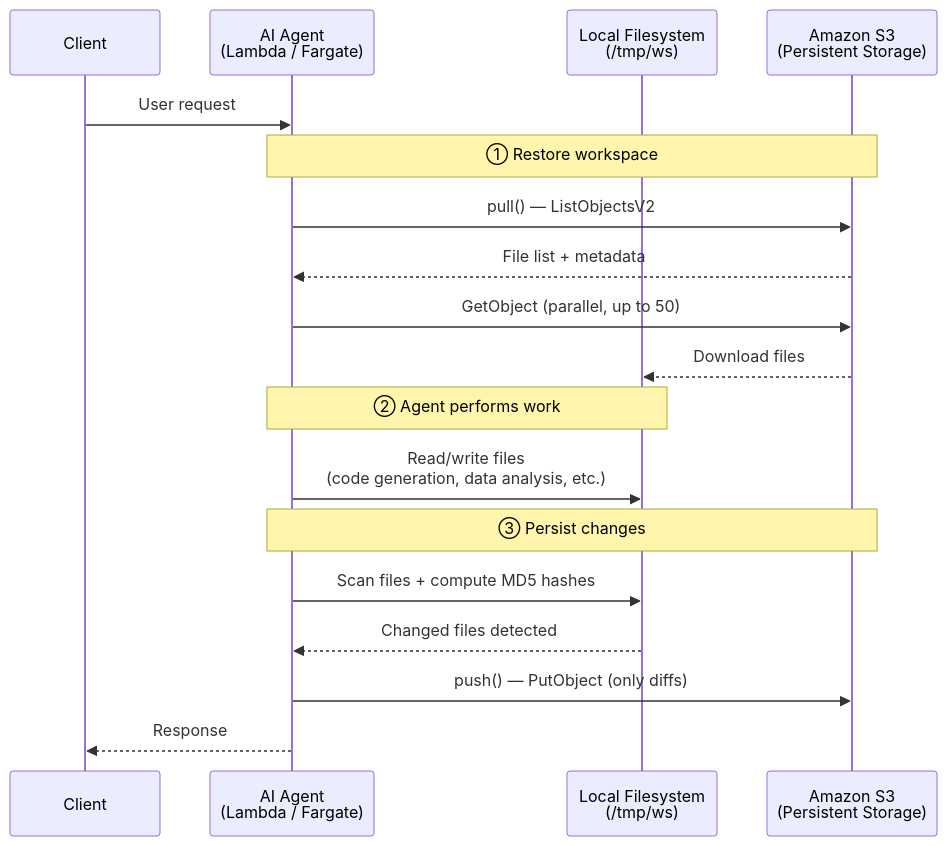
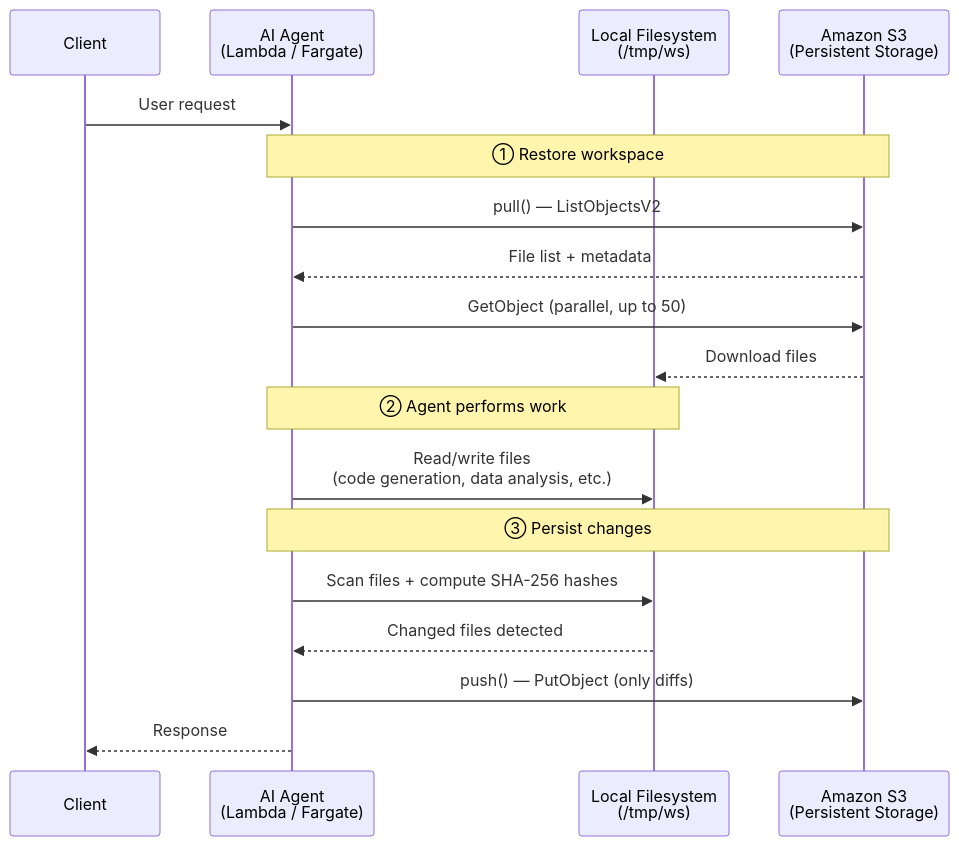
Before and after one commit to aws-samples/sample-multi-agent-orchestration-chat-on-agentcore: the first of 2 diagrams in packages/libs/s3-workspace-sync/README.md, drawn with Mermaid. The commit also changed other lines of this file and 7 other files, not shown here.

````diff
--- a/packages/libs/s3-workspace-sync/README.md
+++ b/packages/libs/s3-workspace-sync/README.md
@@ -52,25 +52,25 @@
 ```mermaid
 sequenceDiagram
     participant Client
     participant Agent as AI Agent<br/>(Lambda / Fargate)
     participant Local as Local Filesystem<br/>(/tmp/ws)
     participant S3 as Amazon S3<br/>(Persistent Storage)
 
     Client->>Agent: User request
 
     Note over Agent,S3: ① Restore workspace
     Agent->>S3: pull() — ListObjectsV2
     S3-->>Agent: File list + metadata
     Agent->>S3: GetObject (parallel, up to 50)
     S3-->>Local: Download files
 
     Note over Agent,Local: ② Agent performs work
     Agent->>Local: Read/write files<br/>(code generation, data analysis, etc.)
 
     Note over Agent,S3: ③ Persist changes
-    Agent->>Local: Scan files + compute MD5 hashes
+    Agent->>Local: Scan files + compute SHA-256 hashes
     Local-->>Agent: Changed files detected
     Agent->>S3: push() — PutObject (only diffs)
 
     Agent-->>Client: Response
 ```
````
